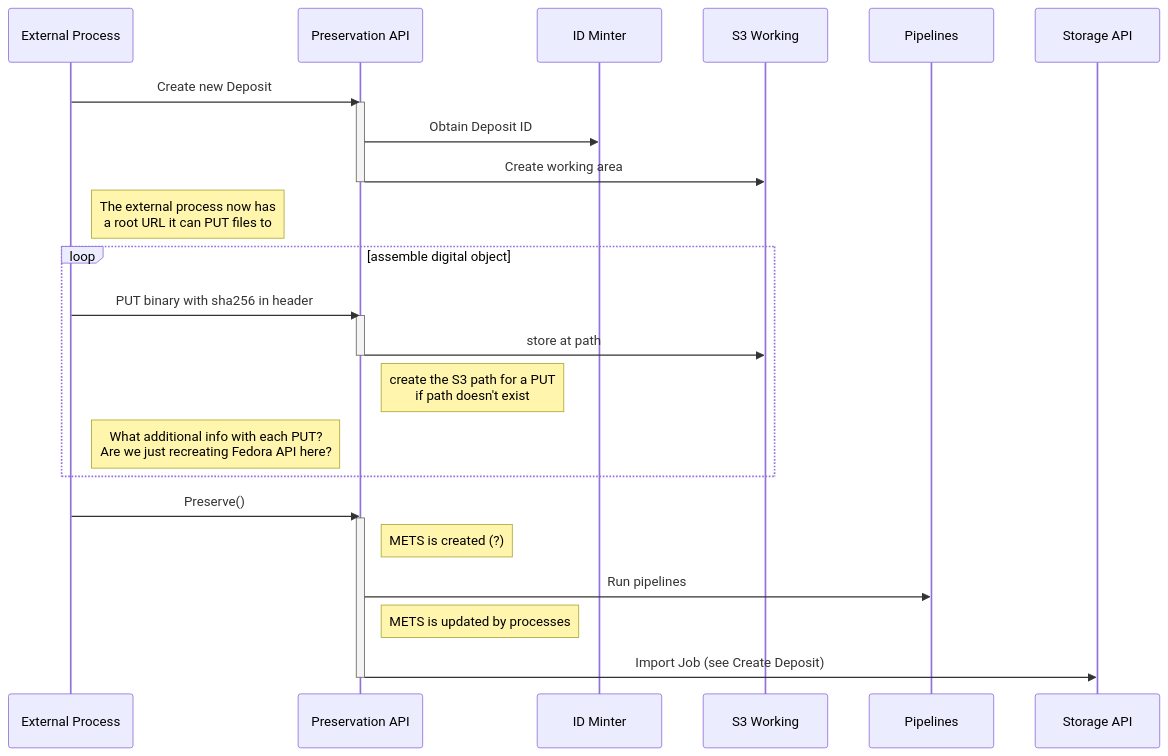
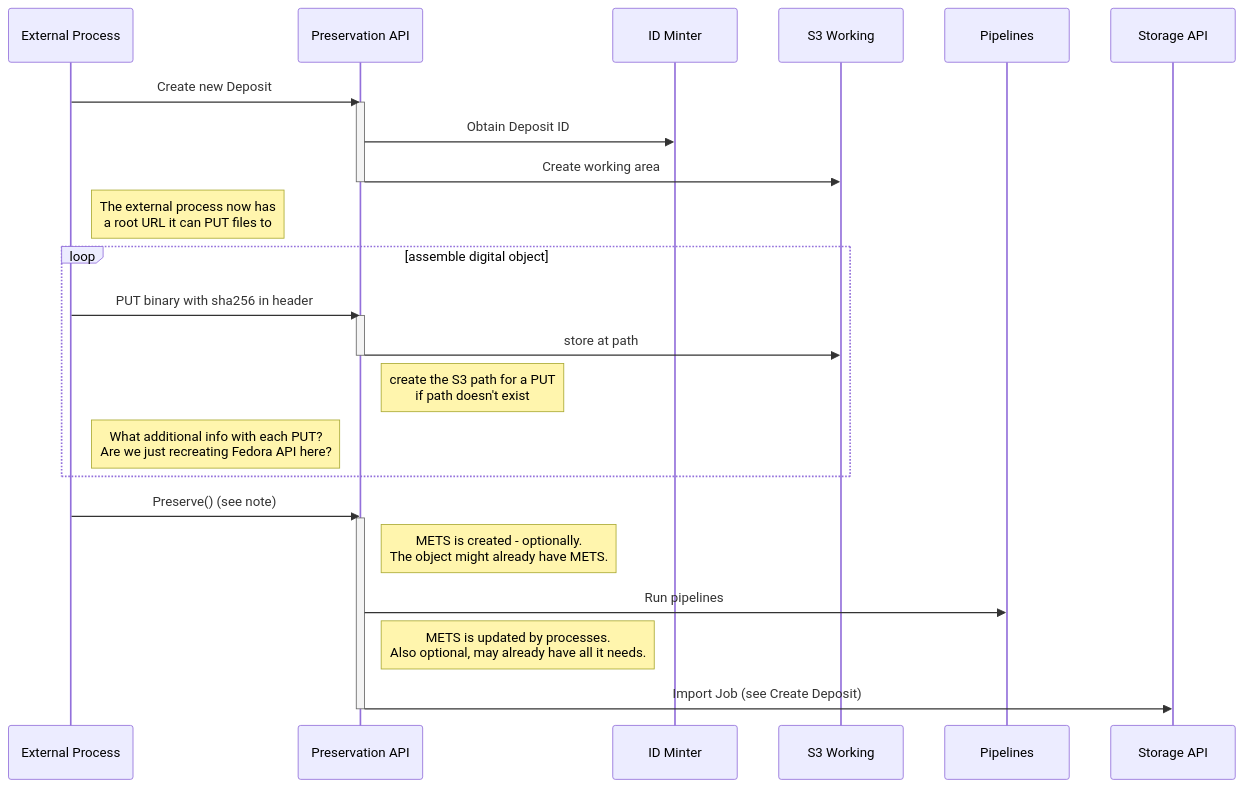
One commit to digirati-co-uk/digital-preservation-docs changed the first of 2 diagrams in sequence-diagrams/create-deposit-from-s3.md. Above: the diagram before and after it, drawn with Mermaid. The commit also changed other lines of this file and 14 other files, not shown here.

````diff
--- a/sequence-diagrams/create-deposit-from-s3.md
+++ b/sequence-diagrams/create-deposit-from-s3.md
@@ -14,33 +14,33 @@
 ```mermaid
 sequenceDiagram
     participant External as External Process
     participant API as Preservation API
     participant ID as ID Minter
     participant S3 as S3 Working
     participant Pipe as Pipelines
     participant Storage as Storage API
 
     External->>API: Create new Deposit
     activate API
     API->>ID: Obtain Deposit ID
     API->>S3: Create working area
     deactivate API
 
     note right of External: The external process now has<br>a root URL it can PUT files to    
     loop assemble digital object
         External->>API: PUT binary with sha256 in header
         activate API
         API->>S3: store at path
         deactivate API
         note right of API: create the S3 path for a PUT<br>if path doesn't exist
         note right of External: What additional info with each PUT?<br>Are we just recreating Fedora API here?
     end
-    External->>API: Preserve()
+    External->>API: Preserve() (see note)
     activate API
-    note right of API: METS is created (?)
+    note right of API: METS is created - optionally.<br>The object might already have METS.
     API->>Pipe: Run pipelines
-    note right of API: METS is updated by processes
+    note right of API: METS is updated by processes.<br>Also optional, may already have all it needs.
     API->>Storage: Import Job (see Create Deposit)
     deactivate API
 
 ```
````
